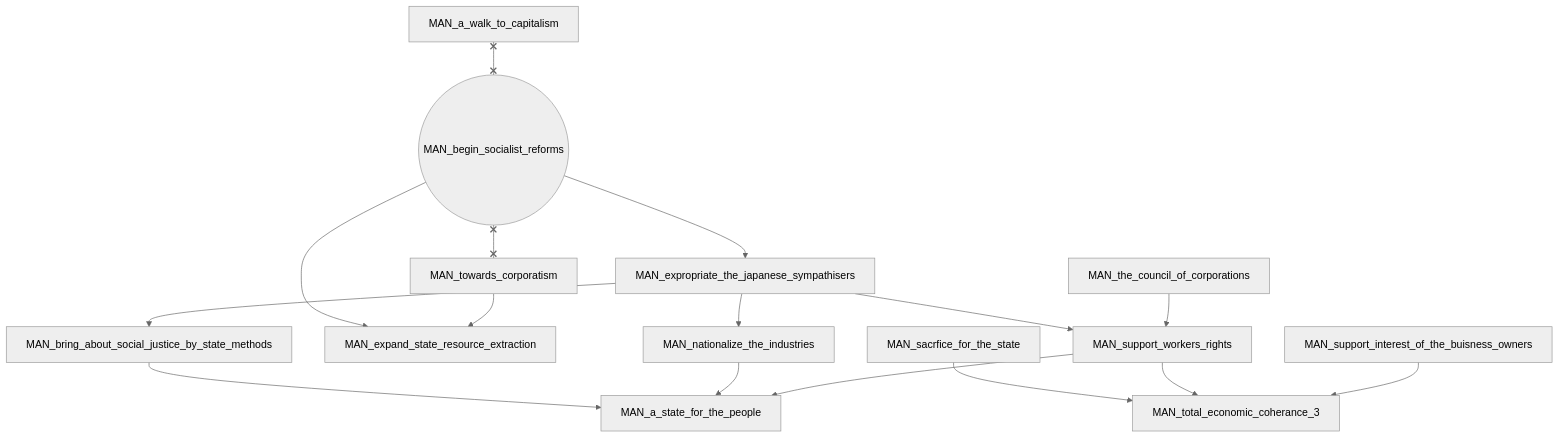
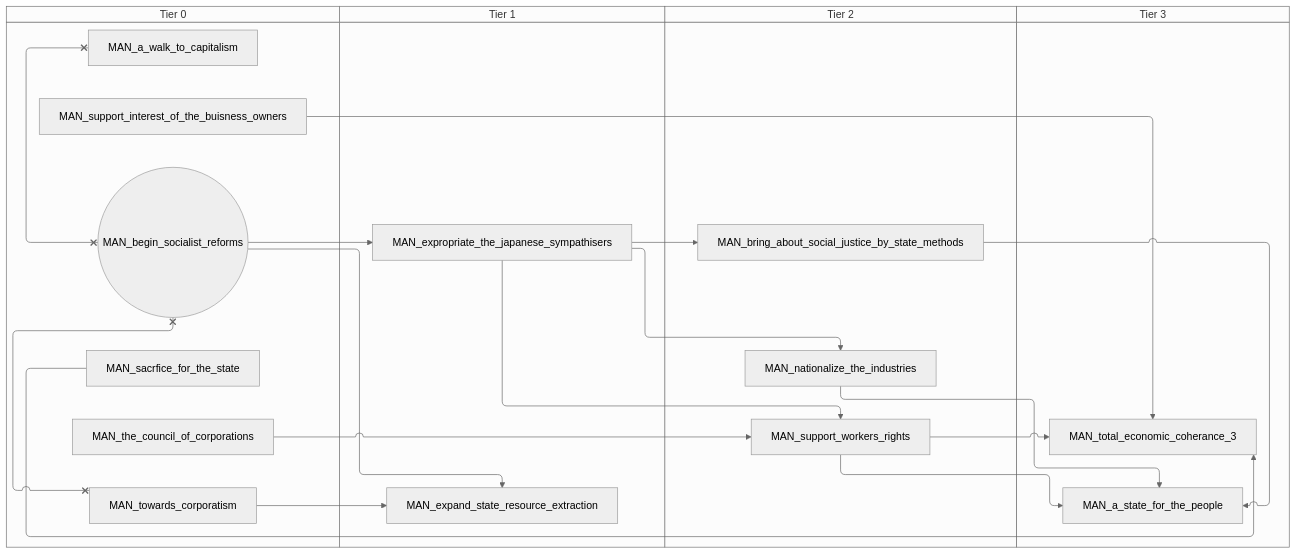
Before and after one commit to evgeny-sobol/hoi4-sandbox-mode-r56: the second of 6 diagrams in docs/gdd/National Focuses/r56/manchukuo.md, drawn with Mermaid (neutral theme). The commit also changed other lines of this file and 423 other files, not shown here.

First line of the commit message:
Re-export Rt56 focus trees as swimlane diagrams

````diff
--- a/docs/gdd/National Focuses/r56/manchukuo.md
+++ b/docs/gdd/National Focuses/r56/manchukuo.md
@@ -36,31 +44,39 @@
 ```mermaid
-flowchart TD
-    n14["MAN_a_state_for_the_people"]
-    n2["MAN_a_walk_to_capitalism"]
-    n3(("MAN_begin_socialist_reforms"))
-    n15["MAN_bring_about_social_justice_by_state_methods"]
-    n16["MAN_expand_state_resource_extraction"]
-    n17["MAN_expropriate_the_japanese_sympathisers"]
-    n18["MAN_nationalize_the_industries"]
-    n7["MAN_sacrfice_for_the_state"]
-    n9["MAN_support_interest_of_the_buisness_owners"]
-    n10["MAN_support_workers_rights"]
-    n11["MAN_the_council_of_corporations"]
-    n12["MAN_total_economic_coherance_3"]
-    n13["MAN_towards_corporatism"]
-    n15 --> n14
-    n18 --> n14
-    n10 --> n14
-    n17 --> n15
-    n3 --> n16
-    n13 --> n16
-    n3 --> n17
+swimlane-beta TD
+    subgraph tier_0["Tier 0"]
+        n1["MAN_a_walk_to_capitalism"]
+        n2(("MAN_begin_socialist_reforms"))
+        n3["MAN_sacrfice_for_the_state"]
+        n11["MAN_support_interest_of_the_buisness_owners"]
+        n5["MAN_the_council_of_corporations"]
+        n6["MAN_towards_corporatism"]
+    end
+    subgraph tier_1["Tier 1"]
+        n14["MAN_expand_state_resource_extraction"]
+        n15["MAN_expropriate_the_japanese_sympathisers"]
+    end
+    subgraph tier_2["Tier 2"]
+        n16["MAN_bring_about_social_justice_by_state_methods"]
+        n17["MAN_nationalize_the_industries"]
+        n4["MAN_support_workers_rights"]
+    end
+    subgraph tier_3["Tier 3"]
+        n18["MAN_a_state_for_the_people"]
+        n13["MAN_total_economic_coherance_3"]
+    end
+    n16 --> n18
     n17 --> n18
-    n17 --> n10
-    n11 --> n10
-    n7 --> n12
-    n10 --> n12
-    n9 --> n12
-    n2 x--x n3
-    n3 x--x n13
+    n4 --> n18
+    n15 --> n16
+    n2 --> n14
+    n6 --> n14
+    n2 --> n15
+    n15 --> n17
+    n15 --> n4
+    n5 --> n4
+    n3 --> n13
+    n4 --> n13
+    n11 --> n13
+    n1 x--x n2
+    n2 x--x n6
 ```
````
